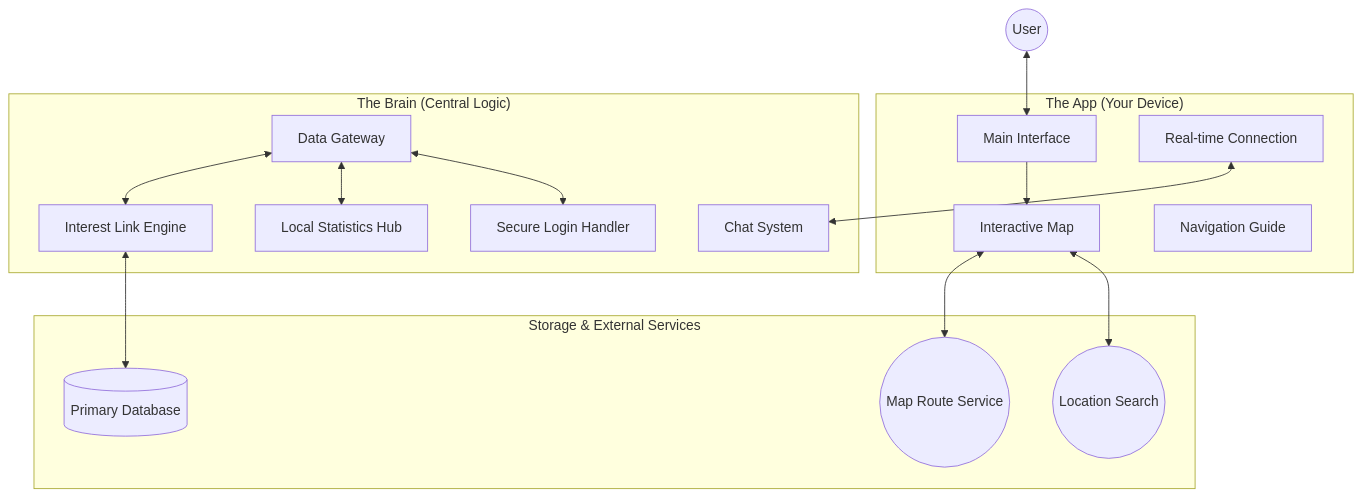
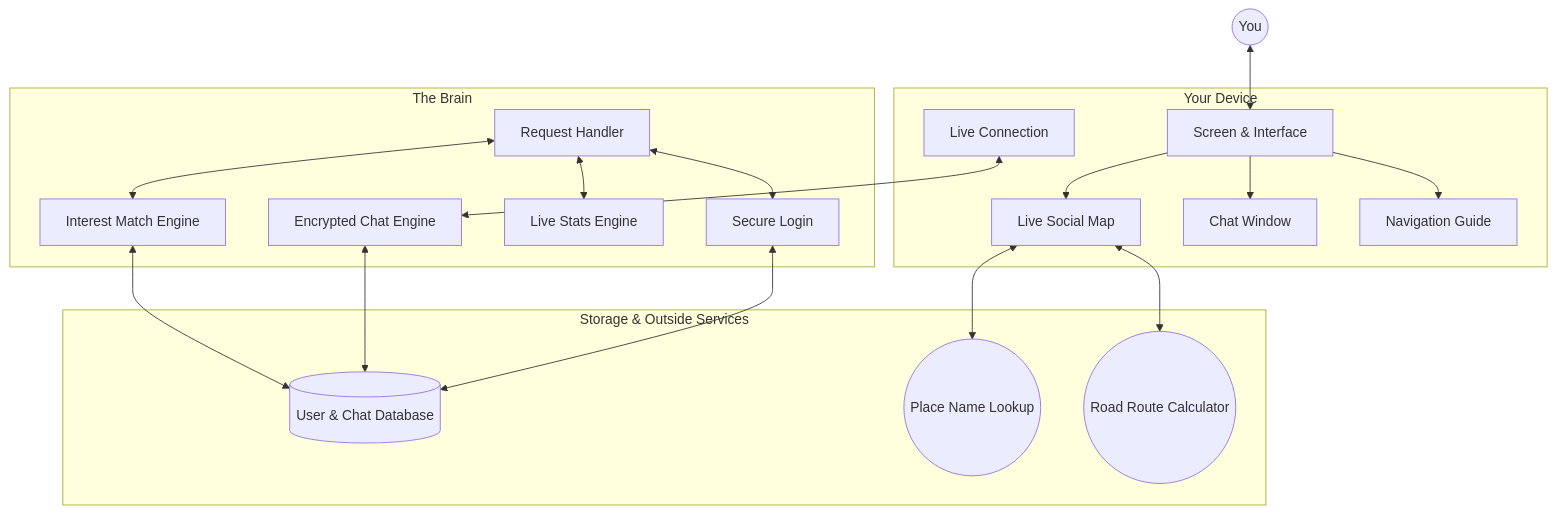
The first of 14 diagrams in docs/DIAGRAMS.md (Akash-Veerla/Demographic), drawn with Mermaid before and after one commit. The commit also changed other lines of this file and 2 other files, not shown here.

Commit message:
Update README.md & DIAGRAMS.md

````diff
--- a/docs/DIAGRAMS.md
+++ b/docs/DIAGRAMS.md
@@ -10,35 +11,40 @@
 ```mermaid
 graph TD
-    User((User))
-    
-    subgraph "The App (Your Device)"
-        UI[Main Interface]
-        Map[Interactive Map]
-        Route[Navigation Guide]
-        LiveLink[Real-time Connection]
+    You((You))
+
+    subgraph "Your Device"
+        App[Screen & Interface]
+        Map[Live Social Map]
+        Chat[Chat Window]
+        Nav[Navigation Guide]
+        LiveConn[Live Connection]
     end
-    
-    subgraph "The Brain (Central Logic)"
-        Gateway[Data Gateway]
-        ChatHost[Chat System]
-        SecureAuth[Secure Login Handler]
-        SmartMatch[Interest Link Engine]
-        StatsHub[Local Statistics Hub]
+
+    subgraph "The Brain"
+        Gateway[Request Handler]
+        LoginHandler[Secure Login]
+        MatchEngine[Interest Match Engine]
+        StatsEngine[Live Stats Engine]
+        ChatEngine[Encrypted Chat Engine]
     end
-    
-    subgraph "Storage & External Services"
-        Database[(Primary Database)]
-        PlaceSearch((Location Search))
-        RouteSvc((Map Route Service))
+
+    subgraph "Storage & Outside Services"
+        Database[(User & Chat Database)]
+        PlaceSearch((Place Name Lookup))
+        RouteCalc((Road Route Calculator))
     end
-    
-    User <--> UI
-    UI --> Map
-    LiveLink <--> ChatHost
-    Map <--> RouteSvc
+
+    You <--> App
+    App --> Map
+    App --> Chat
+    App --> Nav
+    LiveConn <--> ChatEngine
+    Map <--> RouteCalc
     Map <--> PlaceSearch
-    Gateway <--> SmartMatch
-    Gateway <--> StatsHub
-    SmartMatch <--> Database
-    Gateway <--> SecureAuth
+    Gateway <--> LoginHandler
+    Gateway <--> MatchEngine
+    Gateway <--> StatsEngine
+    MatchEngine <--> Database
+    ChatEngine <--> Database
+    LoginHandler <--> Database
 ```
````
